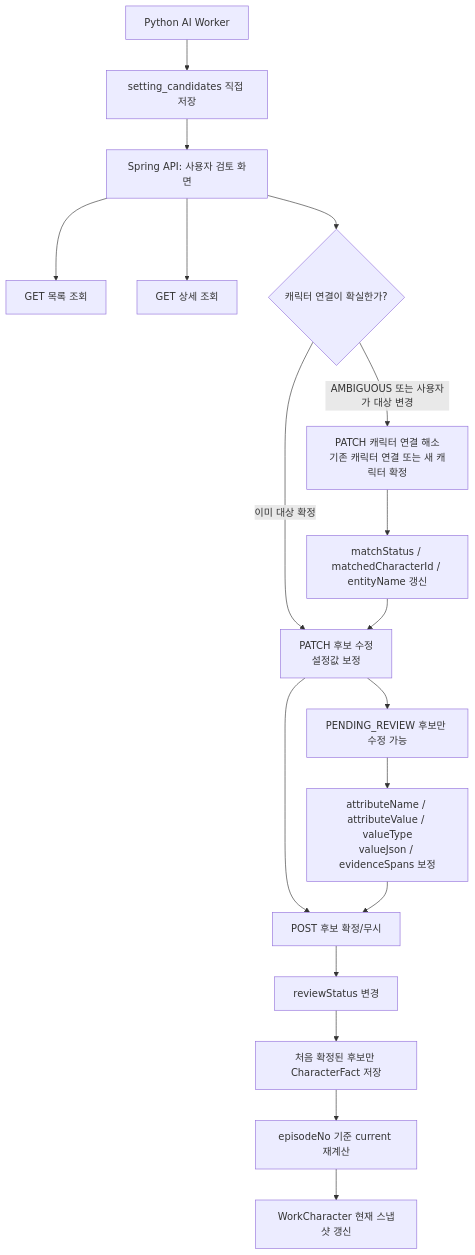
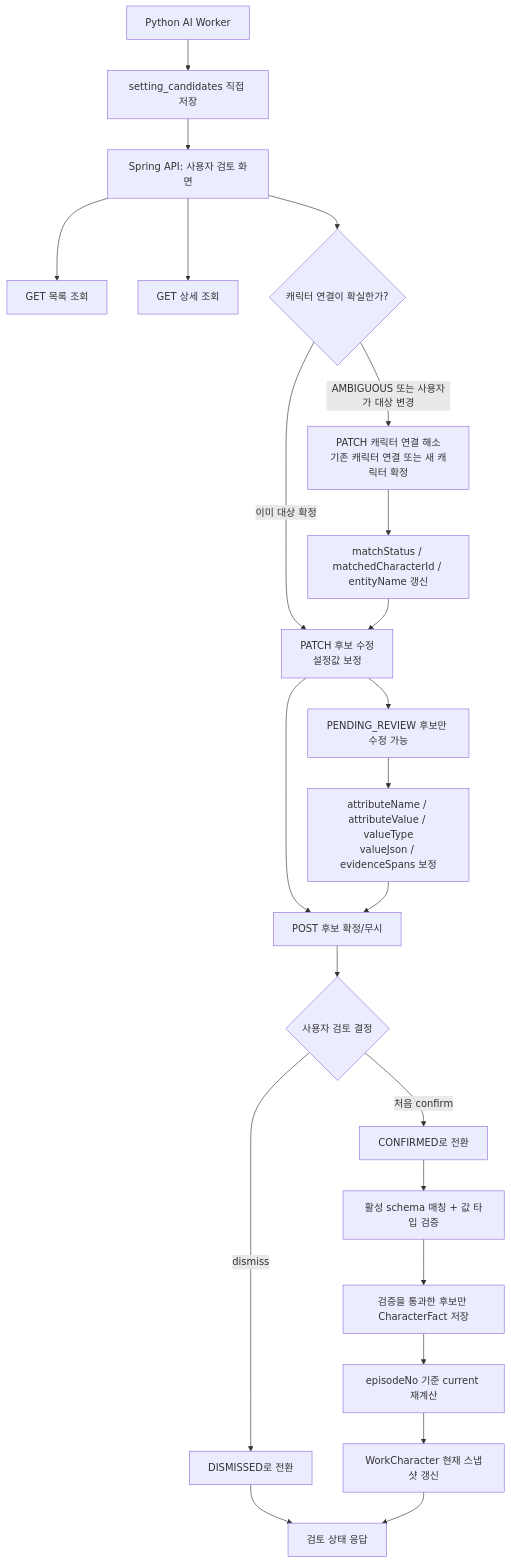
One commit to catchhole-soma/catchhole-backend-java changed the first of 7 diagrams in docs/character.md. Above: the diagram before and after it, drawn with Mermaid. The commit also changed other lines of this file and 5 other files, not shown here.

````diff
--- a/docs/character.md
+++ b/docs/character.md
@@ -414,22 +425,27 @@
 ```mermaid
 flowchart TD
     A["Python AI Worker"] --> B["setting_candidates 직접 저장"]
     B --> C["Spring API: 사용자 검토 화면"]
 
     C --> D["GET 목록 조회"]
     C --> E["GET 상세 조회"]
     C --> M{"캐릭터 연결이 확실한가?"}
     M -->|"AMBIGUOUS 또는 사용자가 대상 변경"| N["PATCH 캐릭터 연결 해소<br/>기존 캐릭터 연결 또는 새 캐릭터 확정"]
     M -->|"이미 대상 확정"| F["PATCH 후보 수정<br/>설정값 보정"]
     N --> O["matchStatus / matchedCharacterId / entityName 갱신"]
     O --> F
     F --> G["POST 후보 확정/무시"]
 
     F --> H["PENDING_REVIEW 후보만 수정 가능"]
     H --> P["attributeName / attributeValue / valueType<br/>valueJson / evidenceSpans 보정"]
     P --> G
-    G --> I["reviewStatus 변경"]
-    I --> J["처음 확정된 후보만 CharacterFact 저장"]
+    G --> I{"사용자 검토 결정"}
+    I -->|"처음 confirm"| I1["CONFIRMED로 전환"]
+    I -->|"dismiss"| I2["DISMISSED로 전환"]
+    I1 --> V["활성 schema 매칭 + 값 타입 검증"]
+    V --> J["검증을 통과한 후보만 CharacterFact 저장"]
     J --> K["episodeNo 기준 current 재계산"]
     K --> L["WorkCharacter 현재 스냅샷 갱신"]
+    I2 --> R["검토 상태 응답"]
+    L --> R
 ```
````
